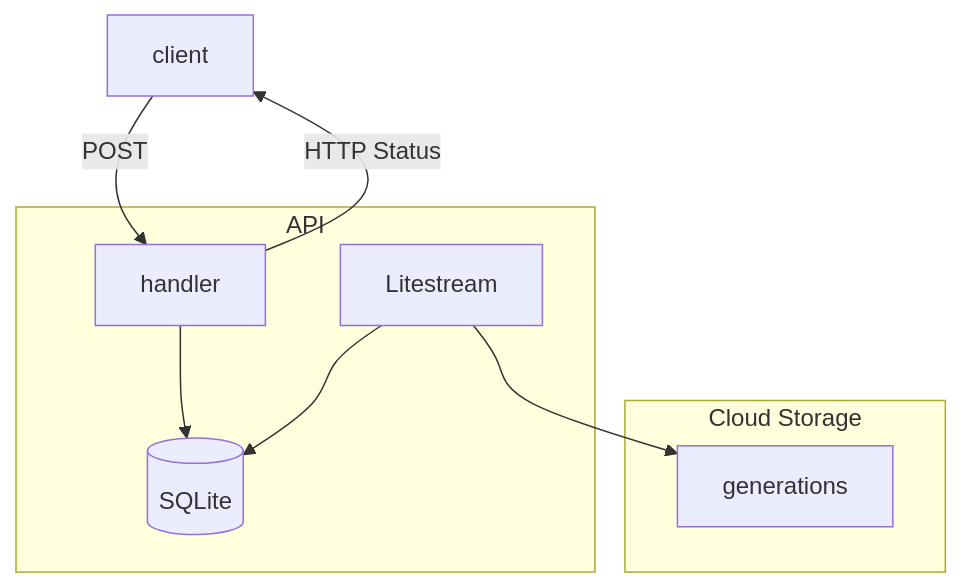
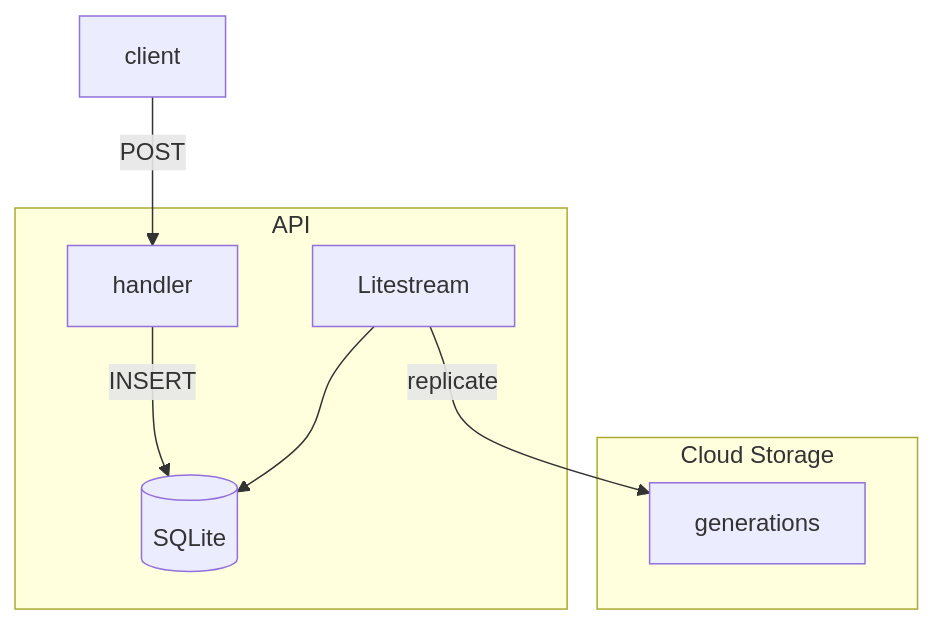
Before and after one commit to danny-yamamoto/zenn-docs: the diagram in articles/0cb7b33cb7f533.md, drawn with Mermaid. The commit also changed other lines of this file, not shown here.

````diff
--- a/articles/0cb7b33cb7f533.md
+++ b/articles/0cb7b33cb7f533.md
@@ -24,16 +24,15 @@
 ```mermaid
 flowchart TD
     client
     subgraph gcs[Cloud Storage]
-    generations
+        generations
     end
     db1[(SQLite)]
     stream[Litestream]
     subgraph api[API]
-    handler-->db1
-    stream-->db1
+        handler-- INSERT -->db1
+        stream-->db1
     end
     client-- POST -->handler
-    handler-- HTTP Status -->client
-    stream-->generations
+    stream-- replicate -->generations
 ```
````
